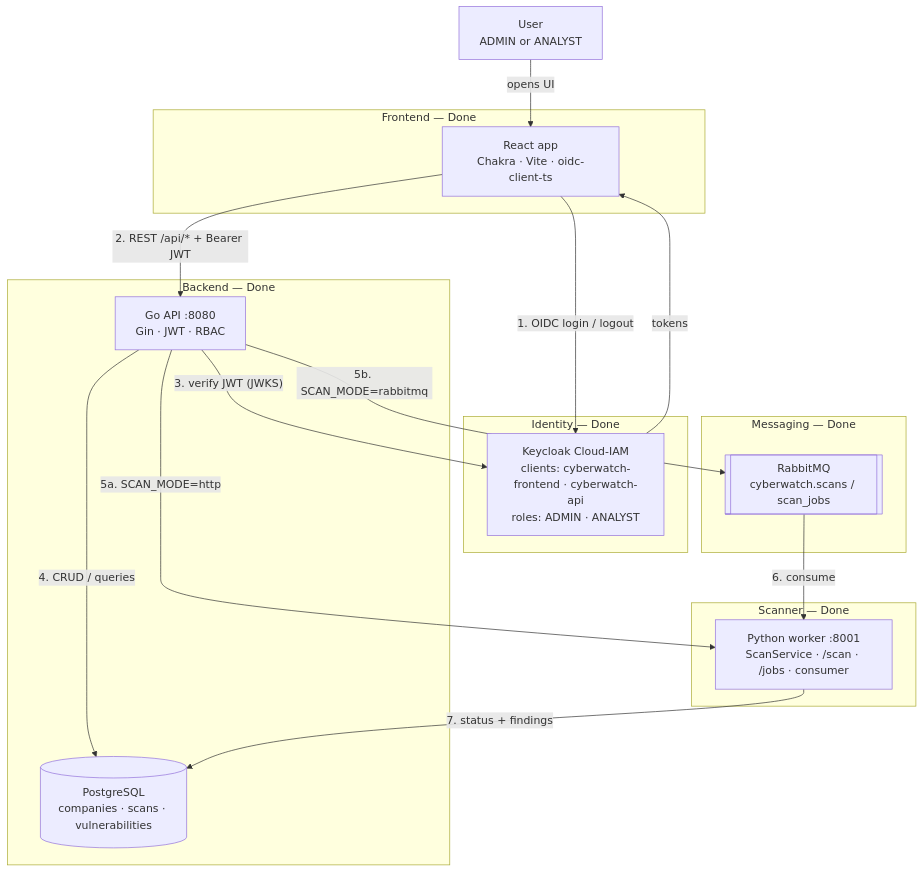
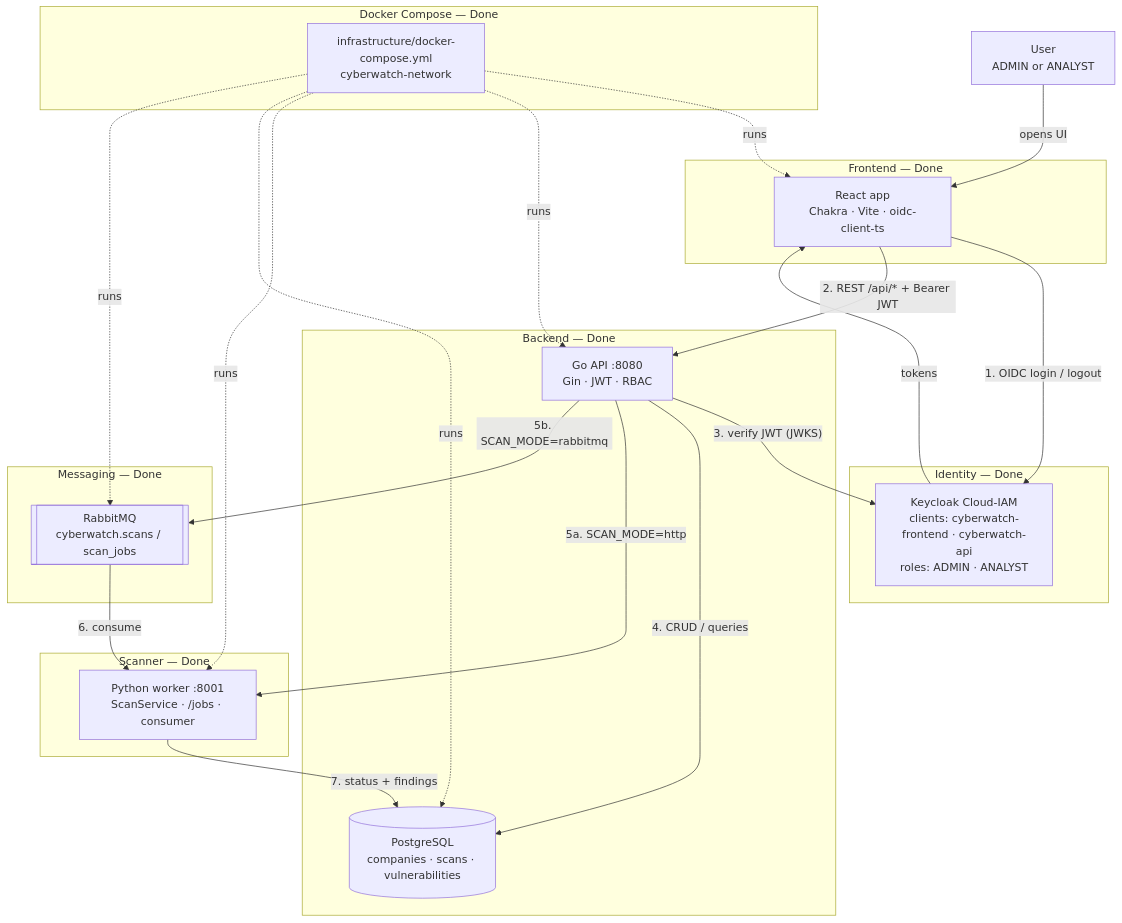
One commit to ChakerYaakoub/CyberWatch changed the first of 5 diagrams in README.md. Above: the diagram before and after it, drawn with Mermaid. The commit also changed other lines of this file and 22 other files, not shown here.

Commit message:
feat: add Docker Compose stack and single shared env

````diff
--- a/README.md
+++ b/README.md
@@ -46,36 +48,45 @@
 ```mermaid
 flowchart TB
   User["User<br/>ADMIN or ANALYST"]
 
   subgraph Client["Frontend — Done"]
     FE["React app<br/>Chakra · Vite · oidc-client-ts"]
   end
 
   subgraph IdP["Identity — Done"]
     KC["Keycloak Cloud-IAM<br/>clients: cyberwatch-frontend · cyberwatch-api<br/>roles: ADMIN · ANALYST"]
   end
 
   subgraph APILayer["Backend — Done"]
     API["Go API :8080<br/>Gin · JWT · RBAC"]
     DB[("PostgreSQL<br/>companies · scans · vulnerabilities")]
   end
 
   subgraph Scanner["Scanner — Done"]
-    Worker["Python worker :8001<br/>ScanService · /scan · /jobs · consumer"]
+    Worker["Python worker :8001<br/>ScanService · /jobs · consumer"]
   end
 
   subgraph Bus["Messaging — Done"]
     MQ[["RabbitMQ<br/>cyberwatch.scans / scan_jobs"]]
+  end
+
+  subgraph Docker["Docker Compose — Done"]
+    DC["infrastructure/docker-compose.yml<br/>cyberwatch-network"]
   end
 
   User -->|"opens UI"| FE
   FE -->|"1. OIDC login / logout"| KC
   KC -->|"tokens"| FE
   FE -->|"2. REST /api/* + Bearer JWT"| API
   API -->|"3. verify JWT (JWKS)"| KC
   API -->|"4. CRUD / queries"| DB
   API -->|"5a. SCAN_MODE=http"| Worker
   API -->|"5b. SCAN_MODE=rabbitmq"| MQ
   MQ -->|"6. consume"| Worker
   Worker -->|"7. status + findings"| DB
+  DC -.->|"runs"| FE
+  DC -.->|"runs"| API
+  DC -.->|"runs"| Worker
+  DC -.->|"runs"| DB
+  DC -.->|"runs"| MQ
 ```
````
